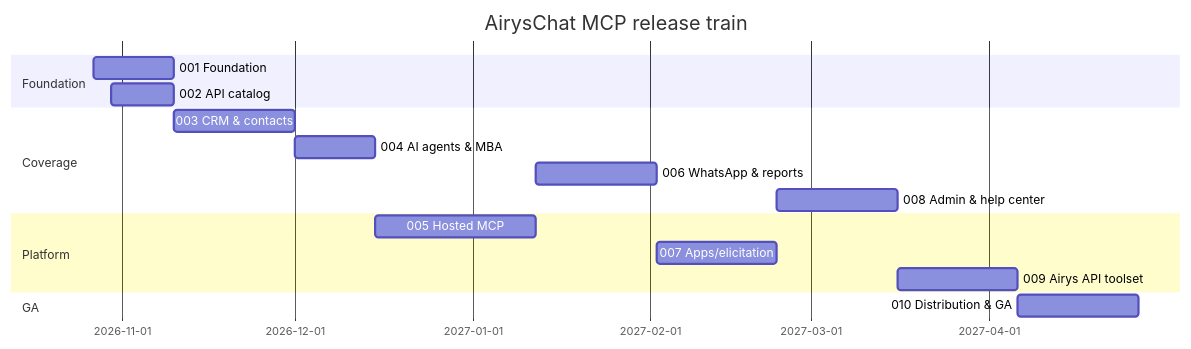
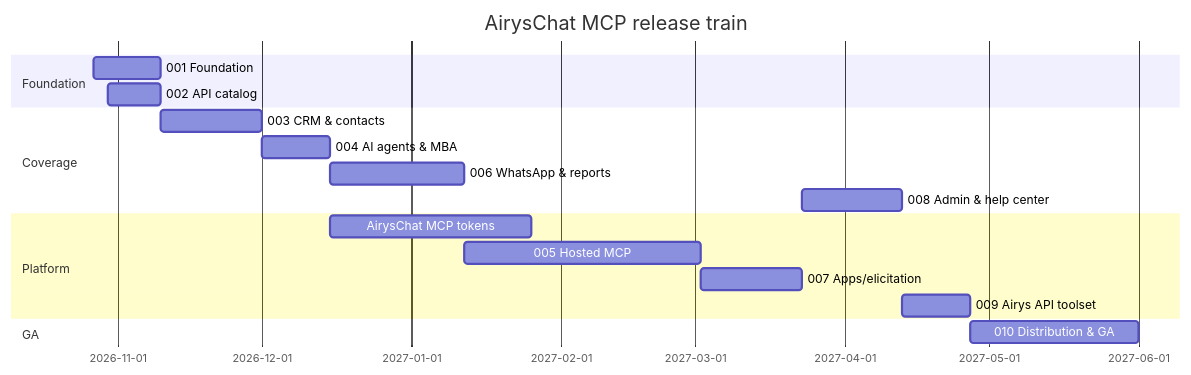
Before and after one commit to AirysChat/mcp: the diagram in specs/README.md, drawn with Mermaid. The commit also changed other lines of this file and 28 other files, not shown here.

````diff
--- a/specs/README.md
+++ b/specs/README.md
@@ -25,19 +29,20 @@
 ```mermaid
 gantt
   dateFormat YYYY-MM-DD
   title AirysChat MCP release train
   section Foundation
   001 Foundation           :a1, 2026-10-27, 14d
   002 API catalog          :a2, 2026-10-30, 11d
   section Coverage
   003 CRM & contacts       :b1, after a1, 21d
   004 AI agents & MBA      :b2, after b1, 14d
-  006 WhatsApp & reports   :b3, after c1, 21d
+  006 WhatsApp & reports   :b3, after b2, 28d
   008 Admin & help center  :b4, after d1, 21d
   section Platform
-  005 Hosted MCP           :c1, after b2, 28d
-  007 Apps/elicitation     :d1, after b3, 21d
-  009 Airys API toolset    :c2, after b4, 21d
+  AirysChat MCP tokens     :x1, after b2, 42d
+  005 Hosted MCP           :c1, after b3, 49d
+  007 Apps/elicitation     :d1, after c1, 21d
+  009 Airys API toolset    :c2, after b4, 14d
   section GA
-  010 Distribution & GA    :e1, after c2, 21d
+  010 Distribution & GA    :e1, after c2, 35d
 ```
````
